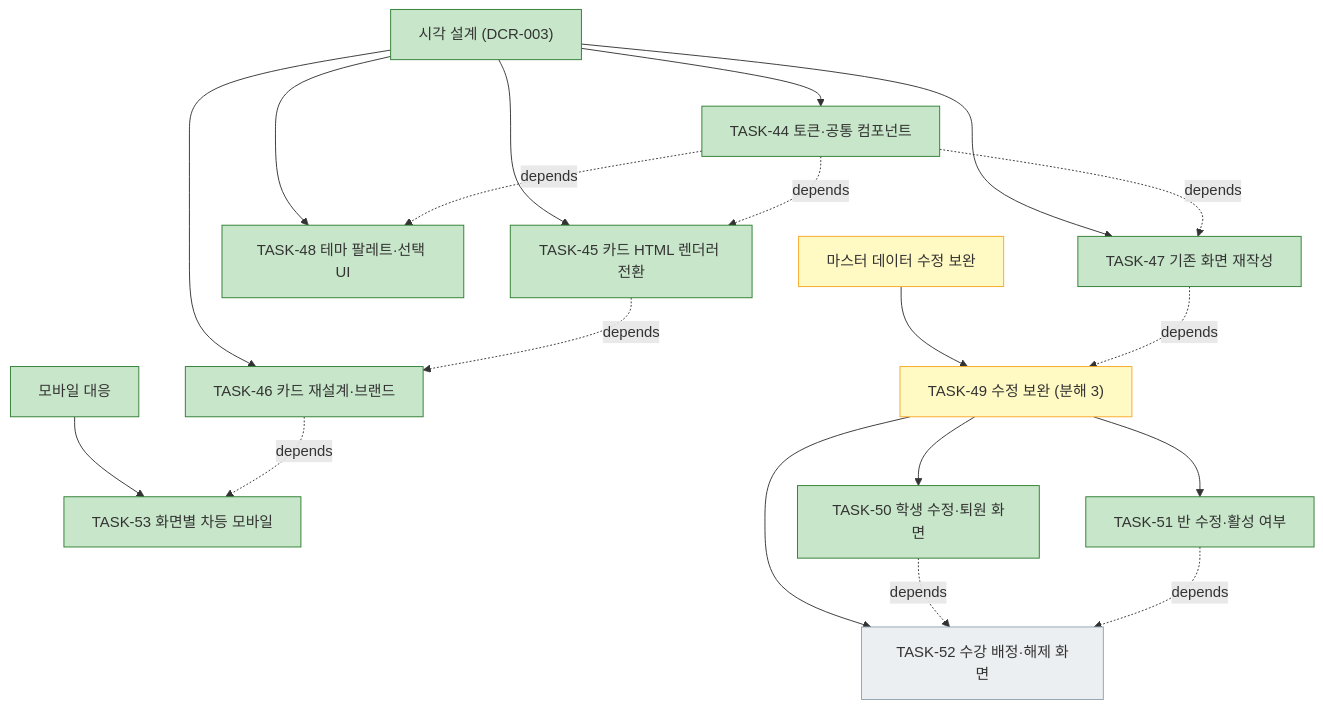
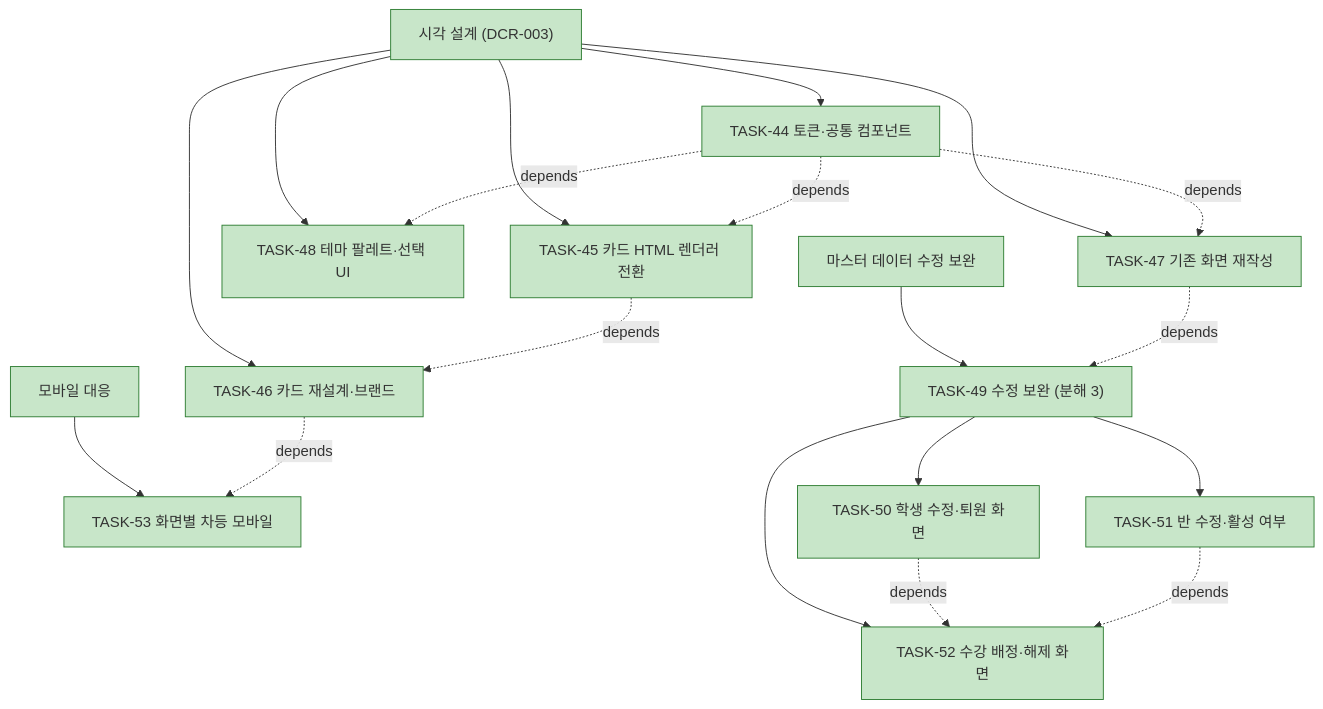
One commit to bluesky5008/mathdesk changed the fourth of 4 diagrams in docs/plan.md. Above: the diagram before and after it, drawn with Mermaid. The commit also changed other lines of this file and 6 other files, not shown here.

````diff
--- a/docs/plan.md
+++ b/docs/plan.md
@@ -223,27 +223,27 @@
 ```mermaid
 flowchart TD
     V["시각 설계 (DCR-003)"]:::done
     V --> T44["TASK-44 토큰·공통 컴포넌트"]:::done
     V --> T47["TASK-47 기존 화면 재작성"]:::done
     V --> T48["TASK-48 테마 팔레트·선택 UI"]:::done
     V --> T45["TASK-45 카드 HTML 렌더러 전환"]:::done
     V --> T46["TASK-46 카드 재설계·브랜드"]:::done
     MO["모바일 대응"]:::done
     MO --> T53["TASK-53 화면별 차등 모바일"]:::done
     T46 -. depends .-> T53
-    M["마스터 데이터 수정 보완"]:::active
-    M --> T49["TASK-49 수정 보완 (분해 3)"]:::active
+    M["마스터 데이터 수정 보완"]:::done
+    M --> T49["TASK-49 수정 보완 (분해 3)"]:::done
     T49 --> T50["TASK-50 학생 수정·퇴원 화면"]:::done
     T49 --> T51["TASK-51 반 수정·활성 여부"]:::done
-    T49 --> T52["TASK-52 수강 배정·해제 화면"]:::todo
+    T49 --> T52["TASK-52 수강 배정·해제 화면"]:::done
     T44 -. depends .-> T47
     T44 -. depends .-> T48
     T44 -. depends .-> T45
     T45 -. depends .-> T46
     T47 -. depends .-> T49
     T50 -. depends .-> T52
     T51 -. depends .-> T52
     classDef done fill:#c8e6c9,stroke:#2e7d32
     classDef active fill:#fff9c4,stroke:#f9a825
     classDef todo fill:#eceff1,stroke:#90a4ae
 ```
````
